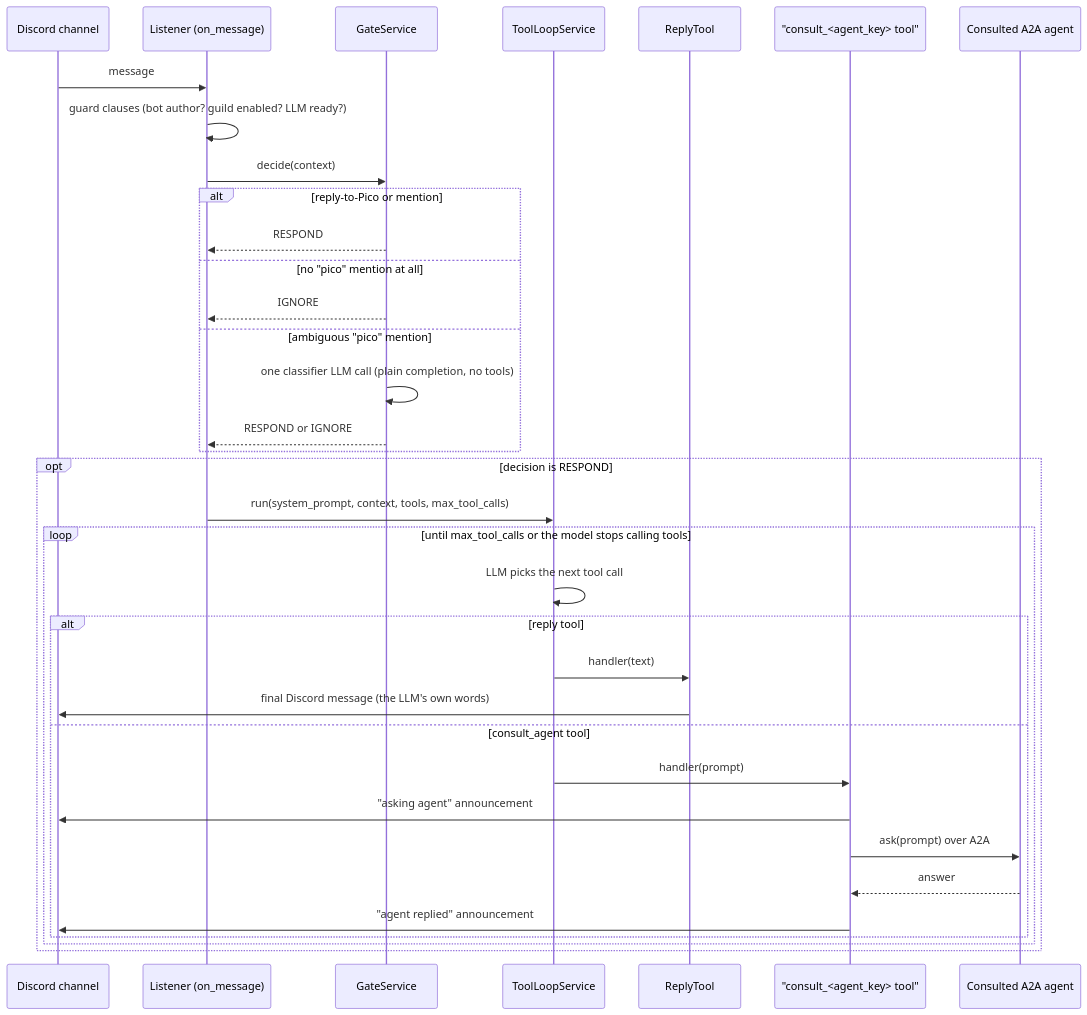
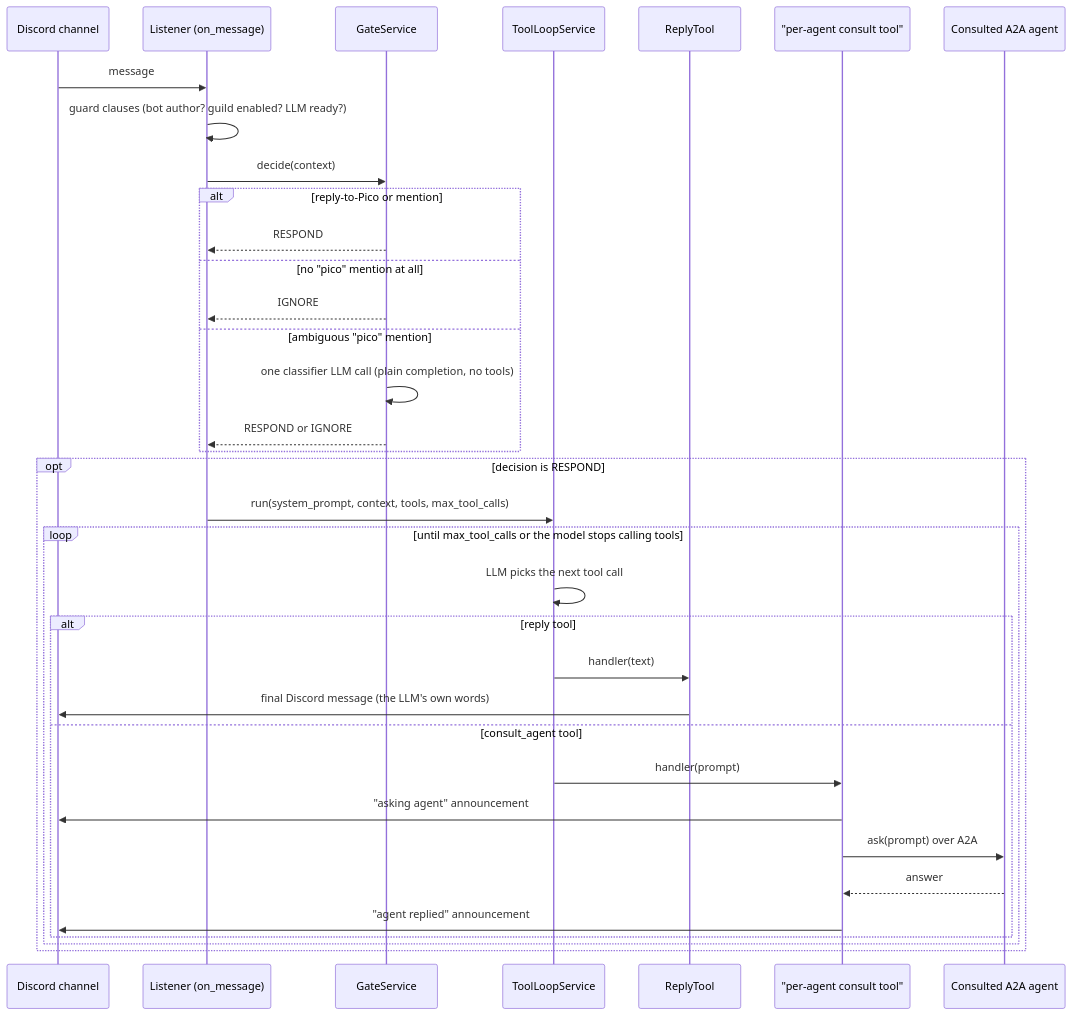
Before and after one commit to pixel-agents-hq/pixel-agents-cogs: the diagram in pico/README.md, drawn with Mermaid. The commit also changed 8 other files, not shown here.

````diff
--- a/pico/README.md
+++ b/pico/README.md
@@ -62,38 +62,38 @@
 ```mermaid
 sequenceDiagram
     participant D as Discord channel
     participant L as Listener (on_message)
     participant G as GateService
     participant T as ToolLoopService
     participant R as ReplyTool
-    participant C as "consult_<agent_key> tool"
+    participant C as "per-agent consult tool"
     participant A as Consulted A2A agent
 
     D->>L: message
     L->>L: guard clauses (bot author? guild enabled? LLM ready?)
     L->>G: decide(context)
     alt reply-to-Pico or mention
         G-->>L: RESPOND
     else no "pico" mention at all
         G-->>L: IGNORE
     else ambiguous "pico" mention
         G->>G: one classifier LLM call (plain completion, no tools)
         G-->>L: RESPOND or IGNORE
     end
     opt decision is RESPOND
         L->>T: run(system_prompt, context, tools, max_tool_calls)
         loop until max_tool_calls or the model stops calling tools
             T->>T: LLM picks the next tool call
             alt reply tool
                 T->>R: handler(text)
                 R->>D: final Discord message (the LLM's own words)
             else consult_agent tool
                 T->>C: handler(prompt)
                 C->>D: "asking agent" announcement
                 C->>A: ask(prompt) over A2A
                 A-->>C: answer
                 C->>D: "agent replied" announcement
             end
         end
     end
 ```
````
